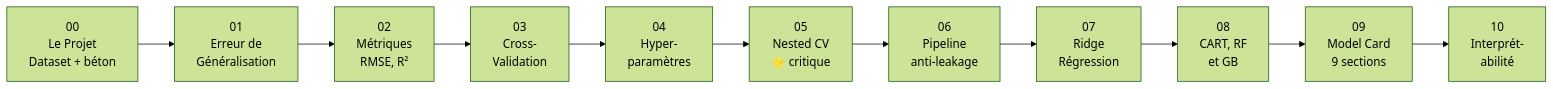
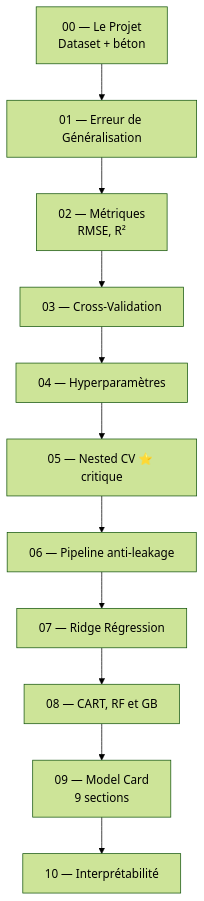
One commit to arnvudl/Concrete_Compressive_Strength changed the diagram in docs/fiches/README.md. Above: the diagram before and after it, drawn with Mermaid (forest theme). The commit also changed 10 other files, not shown here.

````diff
--- a/docs/fiches/README.md
+++ b/docs/fiches/README.md
@@ -9,13 +9,13 @@
 ```mermaid
-graph LR
-    F00["00\nLe Projet\nDataset + béton"] --> F01["01\nErreur de\nGénéralisation"]
-    F01 --> F02["02\nMétriques\nRMSE, R²"]
-    F02 --> F03["03\nCross-\nValidation"]
-    F03 --> F04["04\nHyper-\nparamètres"]
-    F04 --> F05["05\nNested CV\n⭐ critique"]
-    F05 --> F06["06\nPipeline\nanti-leakage"]
-    F06 --> F07["07\nRidge\nRégression"]
-    F07 --> F08["08\nCART, RF\net GB"]
-    F08 --> F09["09\nModel Card\n9 sections"]
-    F09 --> F10["10\nInterprét-\nabilité"]
+graph TD
+    F00["00 — Le Projet<br/>Dataset + béton"] --> F01["01 — Erreur de Généralisation"]
+    F01 --> F02["02 — Métriques<br/>RMSE, R²"]
+    F02 --> F03["03 — Cross-Validation"]
+    F03 --> F04["04 — Hyperparamètres"]
+    F04 --> F05["05 — Nested CV ⭐ critique"]
+    F05 --> F06["06 — Pipeline anti-leakage"]
+    F06 --> F07["07 — Ridge Régression"]
+    F07 --> F08["08 — CART, RF et GB"]
+    F08 --> F09["09 — Model Card<br/>9 sections"]
+    F09 --> F10["10 — Interprétabilité"]
 ```
````
